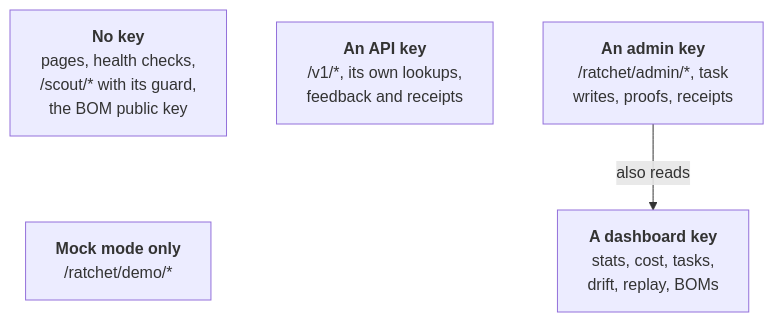
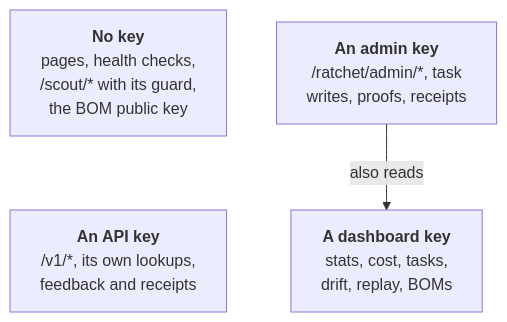
One commit to harshbhx/ratchet changed the fourth of 4 diagrams in docs-site/src/content/docs/guides/security.mdx. Above: the diagram before and after it, drawn with Mermaid. The commit also changed other lines of this file and 76 other files, not shown here.

````diff
--- a/docs-site/src/content/docs/guides/security.mdx
+++ b/docs-site/src/content/docs/guides/security.mdx
@@ -154,12 +154,10 @@
 ```mermaid
 flowchart TB
   P["<b>No key</b><br/>pages, health checks,<br/>/scout/* with its guard,<br/>the BOM public key"]
   A["<b>An API key</b><br/>/v1/*, its own lookups,<br/>feedback and receipts"]
   M["<b>An admin key</b><br/>/ratchet/admin/*, task<br/>writes, proofs, receipts"]
-  X["<b>Mock mode only</b><br/>/ratchet/demo/*"]
   D["<b>A dashboard key</b><br/>stats, cost, tasks,<br/>drift, replay, BOMs"]
-  P ~~~ X
+  P ~~~ A
   M -->|"also reads"| D
 
-  class X outline
 ```
````
